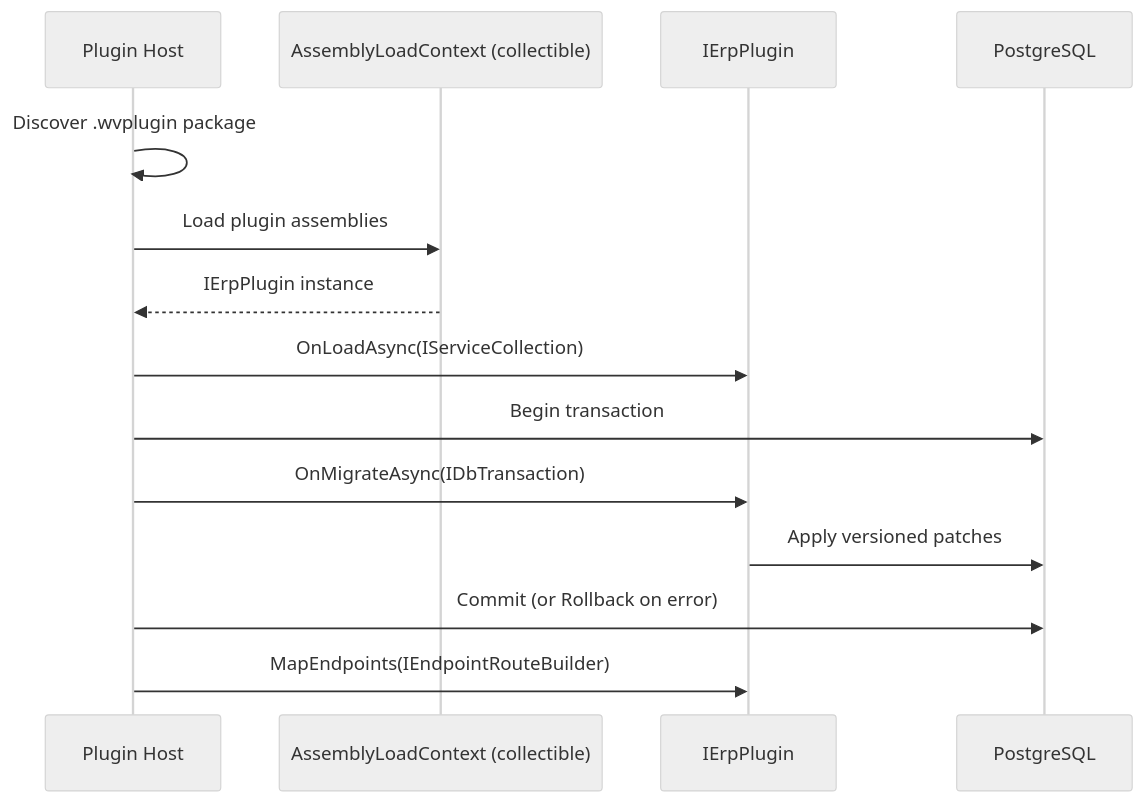
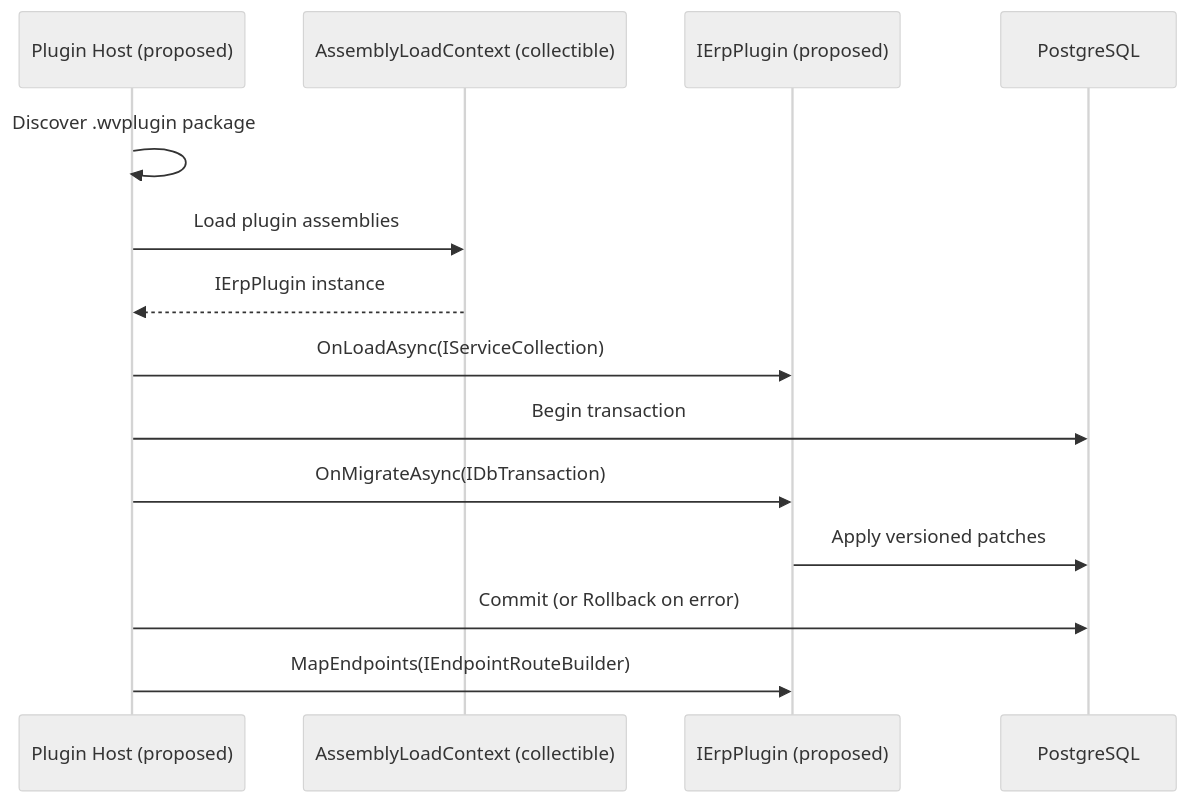
Before and after one commit to Blitzy-Sandbox/blitzy-WebVella-ERP: the diagram in docs/plugin-sdk/ierplugin-contract.md, drawn with Mermaid (neutral theme). The commit also changed other lines of this file and 38 other files, not shown here.

````diff
--- a/docs/plugin-sdk/ierplugin-contract.md
+++ b/docs/plugin-sdk/ierplugin-contract.md
@@ -110,16 +252,16 @@
 ```mermaid
 sequenceDiagram
-    participant Host as Plugin Host
+    participant Host as Plugin Host (proposed)
     participant ALC as AssemblyLoadContext (collectible)
-    participant Plugin as IErpPlugin
+    participant Plugin as IErpPlugin (proposed)
     participant DB as PostgreSQL
     Host->>Host: Discover .wvplugin package
     Host->>ALC: Load plugin assemblies
     ALC-->>Host: IErpPlugin instance
     Host->>Plugin: OnLoadAsync(IServiceCollection)
     Host->>DB: Begin transaction
     Host->>Plugin: OnMigrateAsync(IDbTransaction)
     Plugin->>DB: Apply versioned patches
     Host->>DB: Commit (or Rollback on error)
     Host->>Plugin: MapEndpoints(IEndpointRouteBuilder)
 ```
````
